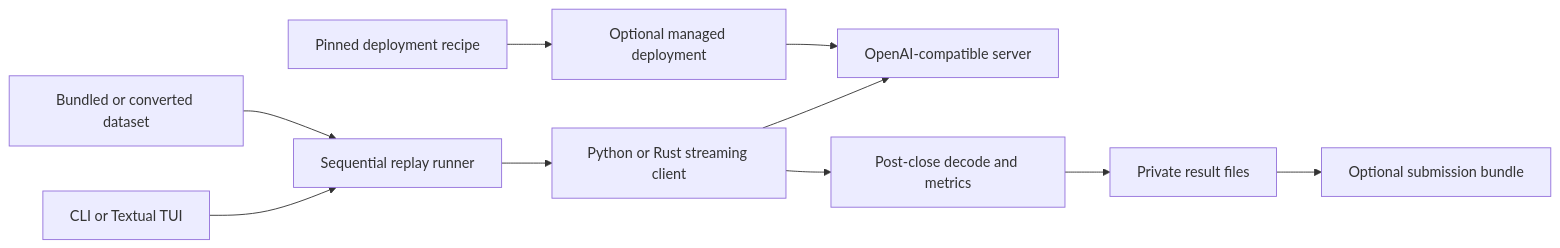
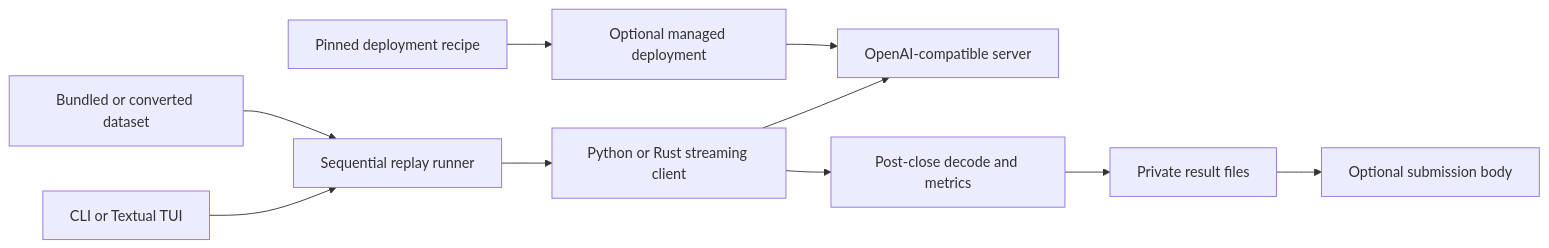
One commit to ArtificialAnalysis/aa-agentperf-local changed the diagram in docs/ARCHITECTURE.md. Above: the diagram before and after it, drawn with Mermaid. The commit also changed other lines of this file and 147 other files, not shown here.

````diff
--- a/docs/ARCHITECTURE.md
+++ b/docs/ARCHITECTURE.md
@@ -10,12 +10,12 @@
 ```mermaid
 flowchart LR
     Dataset[Bundled or converted dataset] --> Runner[Sequential replay runner]
     Setup[CLI or Textual TUI] --> Runner
     Catalog[Pinned deployment recipe] --> Managed[Optional managed deployment]
     Managed --> Server
     Runner --> Client[Python or Rust streaming client]
     Client --> Server[OpenAI-compatible server]
     Client --> Decode[Post-close decode and metrics]
     Decode --> Private[Private result files]
-    Private --> Bundle[Optional submission bundle]
+    Private --> Submission[Optional submission body]
 ```
````
